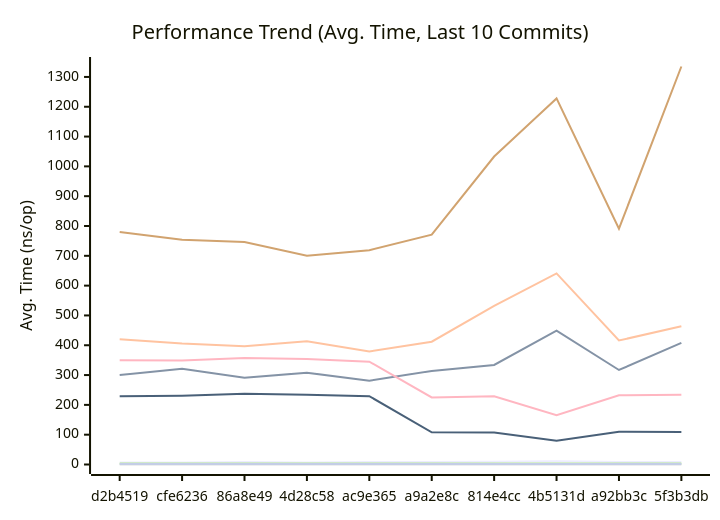
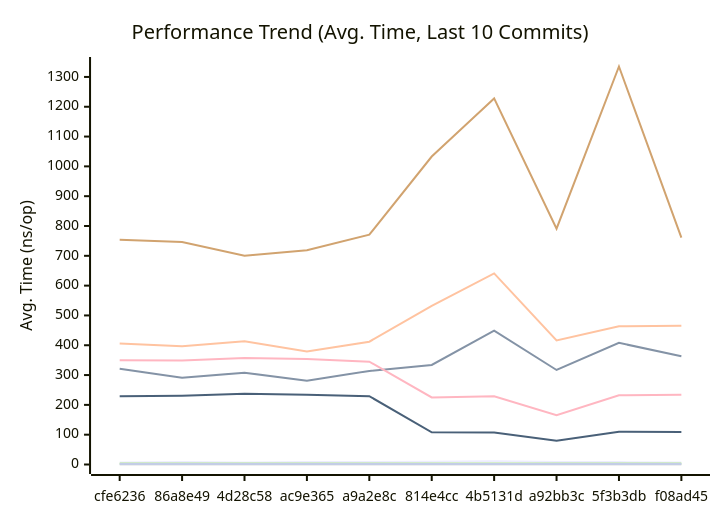
One commit to alsotoes/momo changed the first of 3 diagrams in docs/PERFORMANCE.md. Above: the diagram before and after it, drawn with Mermaid. The commit also changed other lines of this file and 5 other files, not shown here.

````diff
--- a/docs/PERFORMANCE.md
+++ b/docs/PERFORMANCE.md
@@ -80,16 +80,16 @@
 ```mermaid
 xychart-beta
     title "Performance Trend (Avg. Time, Last 10 Commits)"
     x-axis "Commit"
     y-axis "Avg. Time (ns/op)"
-    x-axis [d2b4519,cfe6236,86a8e49,4d28c58,ac9e365,a9a2e8c,814e4cc,4b5131d,a92bb3c,5f3b3db]
-    line "CheckMetricsAndSwap" [7,7,8,7,8,8,9,11,8,8]
-    line "CrushOptimized" [300,321,291,308,281,314,334,449,317,408]
-    line "CrushOriginal" [420,406,397,413,379,412,532,641,416,464]
+    x-axis [cfe6236,86a8e49,4d28c58,ac9e365,a9a2e8c,814e4cc,4b5131d,a92bb3c,5f3b3db,f08ad45]
+    line "CheckMetricsAndSwap" [7,8,7,8,8,9,11,8,8,7]
+    line "CrushOptimized" [321,291,308,281,314,334,449,317,408,363]
+    line "CrushOriginal" [406,397,413,379,412,532,641,416,464,465]
     line "IndexDirectTracking" [0,0,0,0,0,0,0,0,0,0]
     line "IndexSearch" [3,3,3,3,3,3,3,3,3,3]
-    line "LoadGlobalConfig" [780,754,746,700,719,771,1033,1228,791,1335]
+    line "LoadGlobalConfig" [754,746,700,719,771,1033,1228,791,1335,761]
     line "PadString" [2,2,2,2,2,2,2,2,2,2]
     line "ParseReplicationOrder_NoPrealloc" [350,349,357,354,345,225,229,165,232,234]
     line "ParseReplicationOrder_Prealloc" [229,231,237,234,229,108,107,80,110,109]
 ```
````
